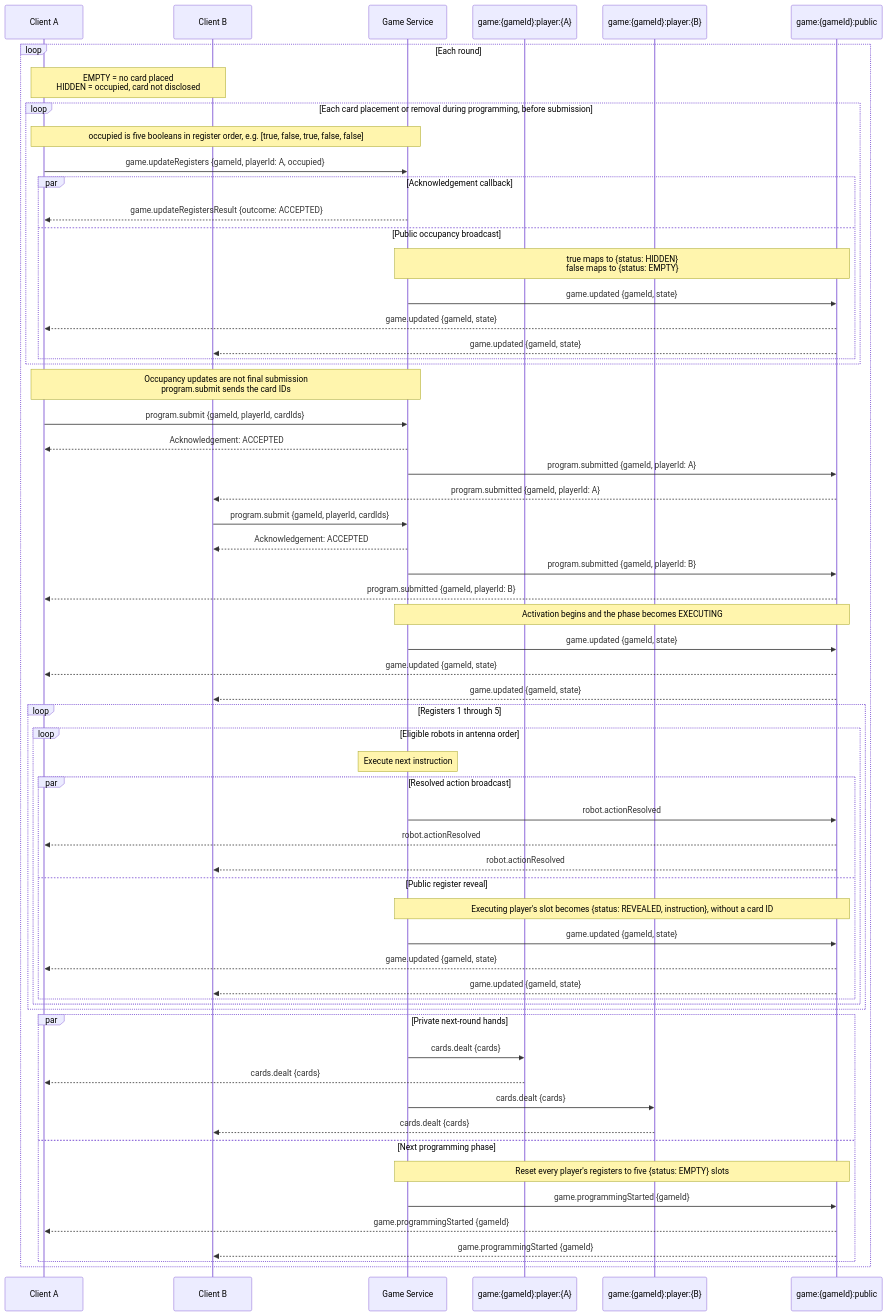
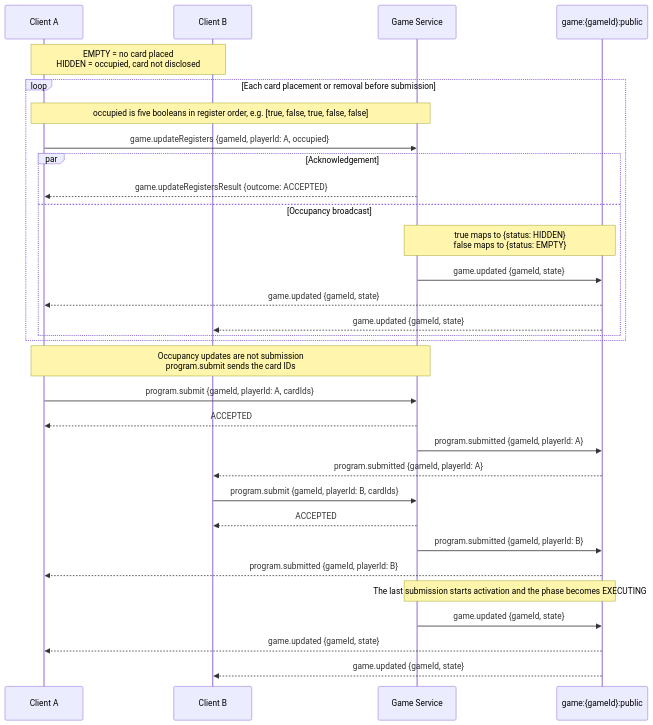
Before and after one commit to hananinas/RoboRally: the second of 5 diagrams in docs/Communication.md, drawn with Mermaid. The commit also changed other lines of this file, not shown here.

Commit message:
docs: split the round sequence into programming and activation
One round-wide diagram carried every message of both phases, which made the
traffic hard to follow. Programming and activation now have a diagram each.

Part of #143

````diff
--- a/docs/Communication.md
+++ b/docs/Communication.md
@@ -205,66 +208,37 @@
 ```mermaid
 sequenceDiagram
     participant A as Client A
     participant B as Client B
     participant Server as Game Service
-    participant PrivateA as game:{gameId}:player:{A}
-    participant PrivateB as game:{gameId}:player:{B}
     participant Public as game:{gameId}:public
 
-    loop Each round
-        Note over A,B: EMPTY = no card placed<br/>HIDDEN = occupied, card not disclosed
-        loop Each card placement or removal during programming, before submission
-            Note over A,Server: occupied is five booleans in register order, e.g. [true, false, true, false, false]
-            A->>Server: game.updateRegisters {gameId, playerId: A, occupied}
-            par Acknowledgement callback
-                Server-->>A: game.updateRegistersResult {outcome: ACCEPTED}
-            and Public occupancy broadcast
-                Note over Server,Public: true maps to {status: HIDDEN}<br/>false maps to {status: EMPTY}
-                Server->>Public: game.updated {gameId, state}
-                Public-->>A: game.updated {gameId, state}
-                Public-->>B: game.updated {gameId, state}
-            end
-        end
-        Note over A,Server: Occupancy updates are not final submission<br/>program.submit sends the card IDs
-        A->>Server: program.submit {gameId, playerId, cardIds}
-        Server-->>A: Acknowledgement: ACCEPTED
-        Server->>Public: program.submitted {gameId, playerId: A}
-        Public-->>B: program.submitted {gameId, playerId: A}
-
-        B->>Server: program.submit {gameId, playerId, cardIds}
-        Server-->>B: Acknowledgement: ACCEPTED
-        Server->>Public: program.submitted {gameId, playerId: B}
-        Public-->>A: program.submitted {gameId, playerId: B}
-        Note over Server,Public: Activation begins and the phase becomes EXECUTING
-        Server->>Public: game.updated {gameId, state}
-        Public-->>A: game.updated {gameId, state}
-        Public-->>B: game.updated {gameId, state}
-        loop Registers 1 through 5
-            loop Eligible robots in antenna order
-                Note over Server: Execute next instruction
-                par Resolved action broadcast
-                    Server->>Public: robot.actionResolved
-                    Public-->>A: robot.actionResolved
-                    Public-->>B: robot.actionResolved
-                and Public register reveal
-                    Note over Server,Public: Executing player's slot becomes {status: REVEALED, instruction}, without a card ID
-                    Server->>Public: game.updated {gameId, state}
-                    Public-->>A: game.updated {gameId, state}
-                    Public-->>B: game.updated {gameId, state}
-                end
-            end
-        end
-
-        par Private next-round hands
-            Server->>PrivateA: cards.dealt {cards}
-            PrivateA-->>A: cards.dealt {cards}
-            Server->>PrivateB: cards.dealt {cards}
-            PrivateB-->>B: cards.dealt {cards}
-        and Next programming phase
-            Note over Server,Public: Reset every player's registers to five {status: EMPTY} slots
-            Server->>Public: game.programmingStarted {gameId}
-            Public-->>A: game.programmingStarted {gameId}
-            Public-->>B: game.programmingStarted {gameId}
+    Note over A,B: EMPTY = no card placed<br/>HIDDEN = occupied, card not disclosed
+    loop Each card placement or removal before submission
+        Note over A,Server: occupied is five booleans in register order, e.g. [true, false, true, false, false]
+        A->>Server: game.updateRegisters {gameId, playerId: A, occupied}
+        par Acknowledgement
+            Server-->>A: game.updateRegistersResult {outcome: ACCEPTED}
+        and Occupancy broadcast
+            Note over Server,Public: true maps to {status: HIDDEN}<br/>false maps to {status: EMPTY}
+            Server->>Public: game.updated {gameId, state}
+            Public-->>A: game.updated {gameId, state}
+            Public-->>B: game.updated {gameId, state}
         end
     end
+
+    Note over A,Server: Occupancy updates are not submission<br/>program.submit sends the card IDs
+    A->>Server: program.submit {gameId, playerId: A, cardIds}
+    Server-->>A: ACCEPTED
+    Server->>Public: program.submitted {gameId, playerId: A}
+    Public-->>B: program.submitted {gameId, playerId: A}
+
+    B->>Server: program.submit {gameId, playerId: B, cardIds}
+    Server-->>B: ACCEPTED
+    Server->>Public: program.submitted {gameId, playerId: B}
+    Public-->>A: program.submitted {gameId, playerId: B}
+
+    Note over Server,Public: The last submission starts activation and the phase becomes EXECUTING
+    Server->>Public: game.updated {gameId, state}
+    Public-->>A: game.updated {gameId, state}
+    Public-->>B: game.updated {gameId, state}
 ```
````
